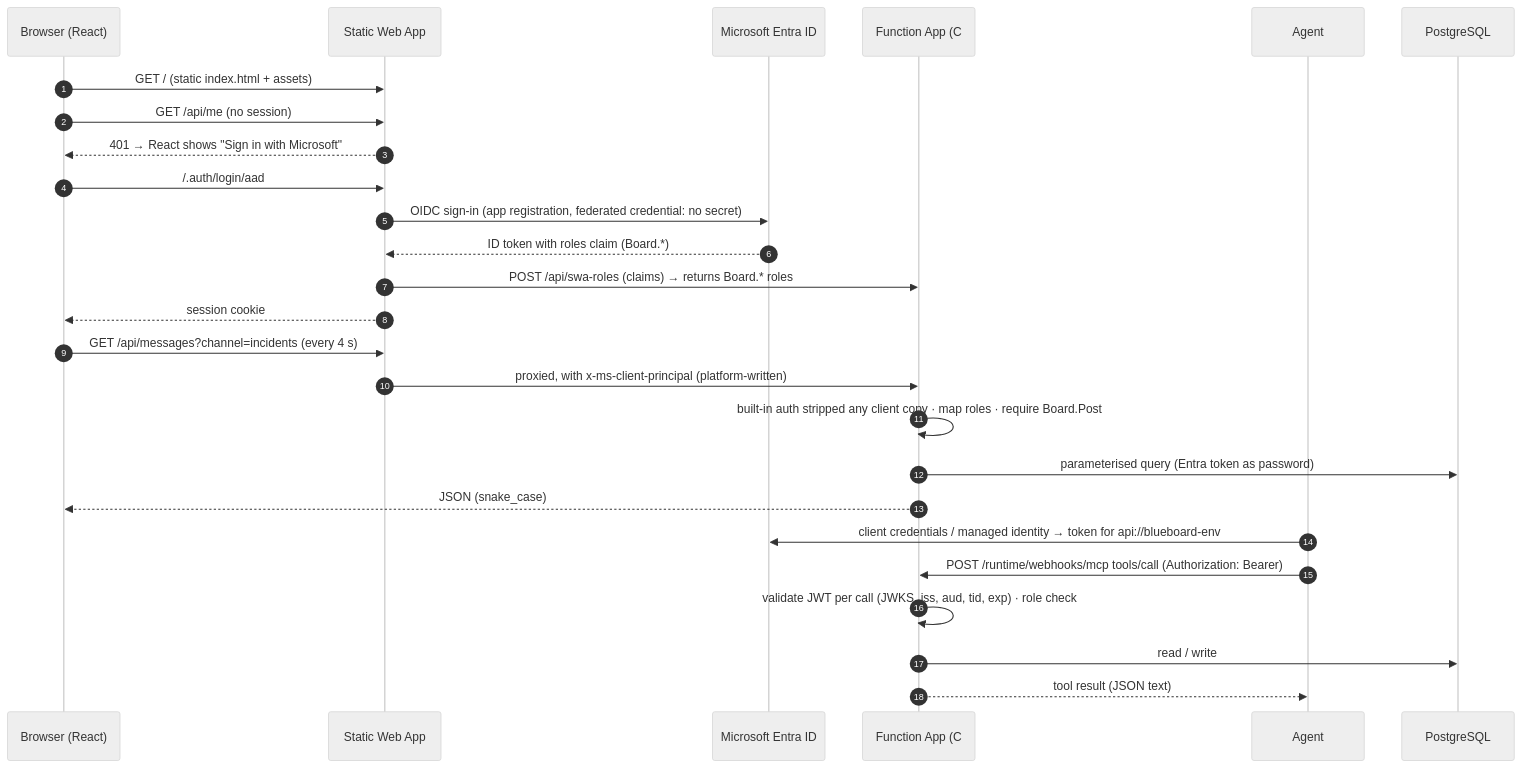
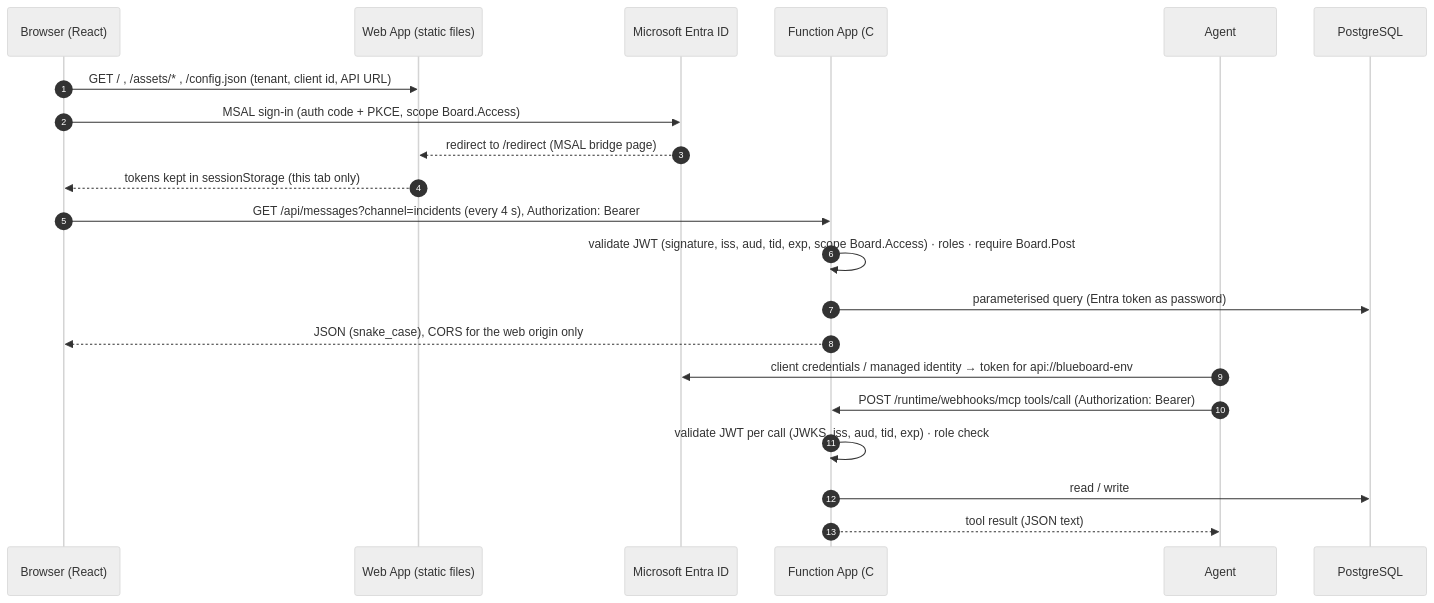
The first of 5 diagrams in docs/architecture.md (jusso-dev/blueboard), drawn with Mermaid (neutral theme) before and after one commit. The commit also changed other lines of this file and 40 other files, not shown here.

````diff
--- a/docs/architecture.md
+++ b/docs/architecture.md
@@ -29,30 +44,25 @@
 ```mermaid
 sequenceDiagram
   autonumber
   participant B as Browser (React)
-  participant S as Static Web App
+  participant W as Web App (static files)
   participant E as Microsoft Entra ID
   participant F as Function App (C#)
   participant A as Agent
   participant P as PostgreSQL
 
-  B->>S: GET / (static index.html + assets)
-  B->>S: GET /api/me (no session)
-  S-->>B: 401 → React shows "Sign in with Microsoft"
-  B->>S: /.auth/login/aad
-  S->>E: OIDC sign-in (app registration, federated credential: no secret)
-  E-->>S: ID token with roles claim (Board.*)
-  S->>F: POST /api/swa-roles (claims) → returns Board.* roles
-  S-->>B: session cookie
-  B->>S: GET /api/messages?channel=incidents (every 4 s)
-  S->>F: proxied, with x-ms-client-principal (platform-written)
-  F->>F: built-in auth stripped any client copy · map roles · require Board.Post
+  B->>W: GET / , /assets/* , /config.json (tenant, client id, API URL)
+  B->>E: MSAL sign-in (auth code + PKCE, scope Board.Access)
+  E-->>W: redirect to /redirect (MSAL bridge page)
+  W-->>B: tokens kept in sessionStorage (this tab only)
+  B->>F: GET /api/messages?channel=incidents (every 4 s), Authorization: Bearer
+  F->>F: validate JWT (signature, iss, aud, tid, exp, scope Board.Access) · roles · require Board.Post
   F->>P: parameterised query (Entra token as password)
-  F-->>B: JSON (snake_case)
+  F-->>B: JSON (snake_case), CORS for the web origin only
 
   A->>E: client credentials / managed identity → token for api://blueboard-env
   A->>F: POST /runtime/webhooks/mcp tools/call (Authorization: Bearer)
   F->>F: validate JWT per call (JWKS, iss, aud, tid, exp) · role check
   F->>P: read / write
   F-->>A: tool result (JSON text)
 ```
````
